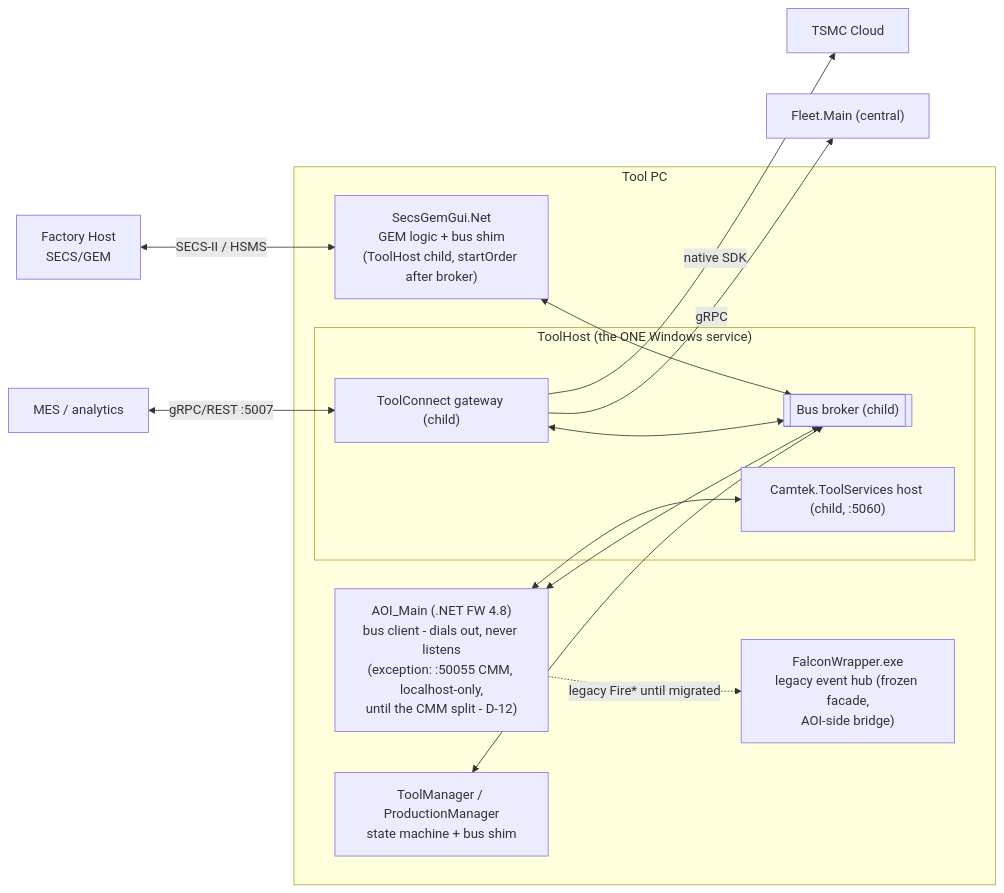
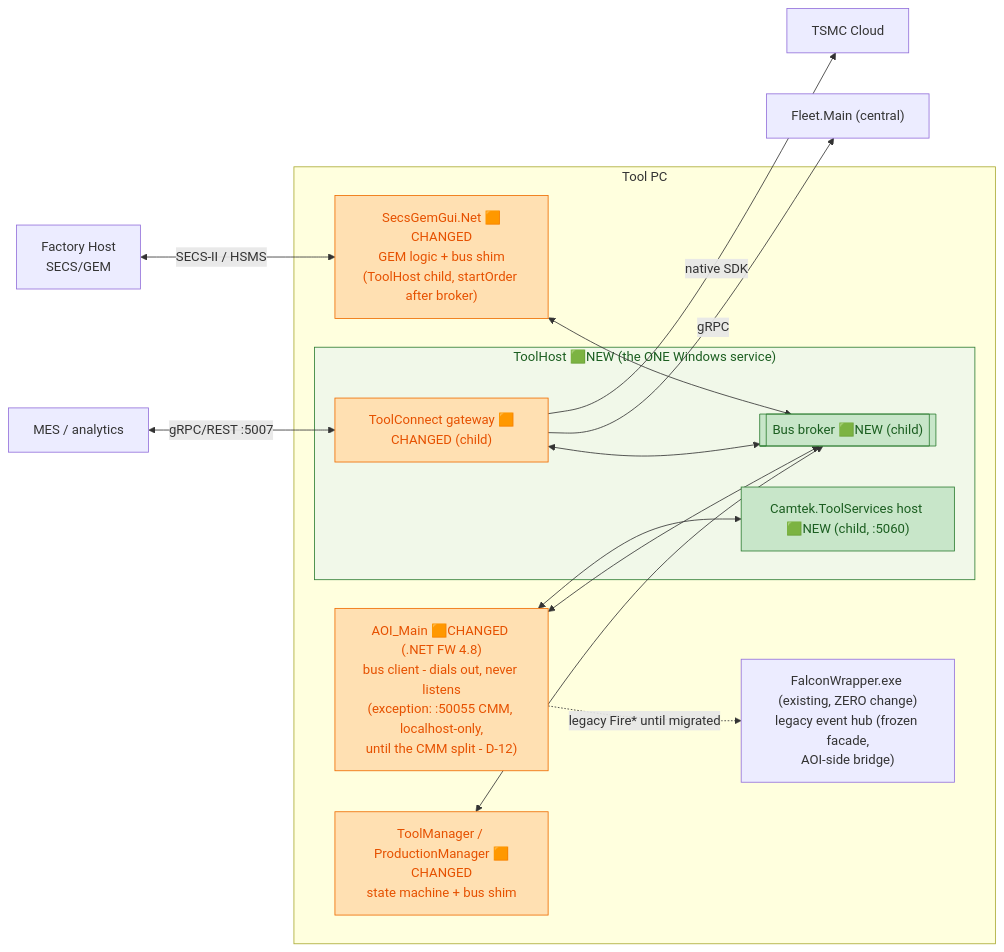
One commit to amitA-camtek/bus_gateway changed the second of 15 diagrams in stage/01-system-architecture.md. Above: the diagram before and after it, drawn with Mermaid. The commit also changed other lines of this file and 11 other files, not shown here.

````diff
--- a/stage/01-system-architecture.md
+++ b/stage/01-system-architecture.md
@@ -35,30 +51,36 @@
 ```mermaid
 flowchart LR
     HOST["Factory Host\nSECS/GEM"]
     FLEET["Fleet.Main (central)"]
     TSMC["TSMC Cloud"]
     MES["MES / analytics"]
 
     subgraph TOOL["Tool PC"]
-        subgraph TH["ToolHost (the ONE Windows service)"]
-            BUS[["Bus broker (child)"]]
-            GW["ToolConnect gateway (child)"]
-            TS["Camtek.ToolServices host (child, :5060)"]
+        subgraph TH["ToolHost 🟩NEW (the ONE Windows service)"]
+            BUS[["Bus broker 🟩NEW (child)"]]
+            GW["ToolConnect gateway 🟧CHANGED (child)"]
+            TS["Camtek.ToolServices host 🟩NEW (child, :5060)"]
         end
-        SGP["SecsGemGui.Net\nGEM logic + bus shim\n(ToolHost child, startOrder after broker)"]
-        AOI["AOI_Main (.NET FW 4.8)\nbus client - dials out, never listens\n(exception: :50055 CMM, localhost-only,\nuntil the CMM split - D-12)"]
-        FW["FalconWrapper.exe\nlegacy event hub (frozen facade,\nAOI-side bridge)"]
-        TM["ToolManager / ProductionManager\nstate machine + bus shim"]
+        SGP["SecsGemGui.Net 🟧CHANGED\nGEM logic + bus shim\n(ToolHost child, startOrder after broker)"]
+        AOI["AOI_Main 🟧CHANGED (.NET FW 4.8)\nbus client - dials out, never listens\n(exception: :50055 CMM, localhost-only,\nuntil the CMM split - D-12)"]
+        FW["FalconWrapper.exe (existing, ZERO change)\nlegacy event hub (frozen facade,\nAOI-side bridge)"]
+        TM["ToolManager / ProductionManager 🟧CHANGED\nstate machine + bus shim"]
     end
 
     HOST <-->|"SECS-II / HSMS"| SGP
     SGP <--> BUS
     AOI <--> BUS
     AOI <--> TS
     TM <--> BUS
     GW <--> BUS
     AOI -.->|"legacy Fire* until migrated"| FW
     GW -->|gRPC| FLEET
     GW -->|"native SDK"| TSMC
     MES <-->|"gRPC/REST :5007"| GW
+
+    classDef new fill:#C8E6C9,stroke:#2E7D32,color:#1B5E20;
+    classDef changed fill:#FFE0B2,stroke:#EF6C00,color:#E65100;
+    class BUS,TS new;
+    class GW,SGP,AOI,TM changed;
+    style TH fill:#F1F8E9,stroke:#2E7D32,color:#1B5E20;
 ```
````
